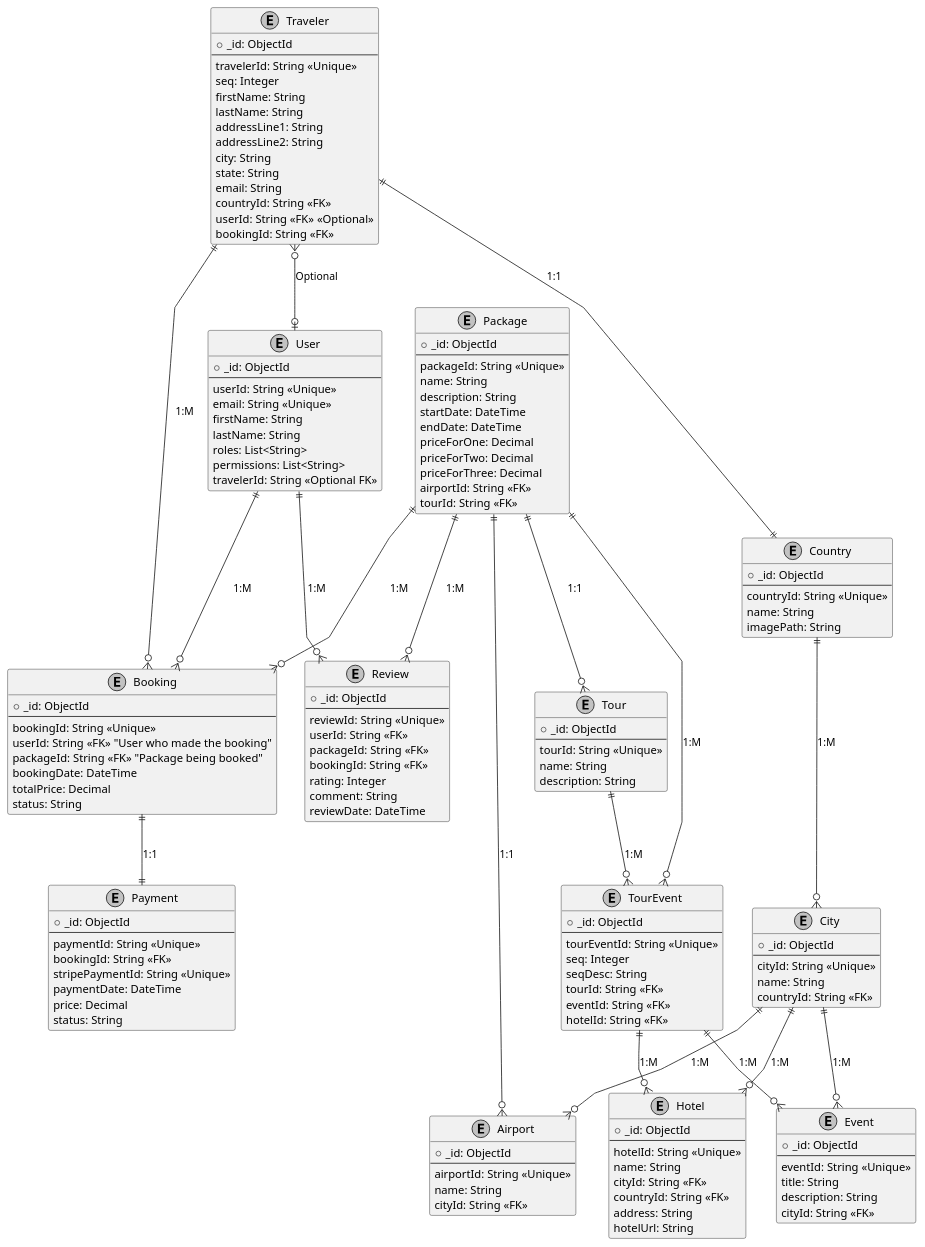
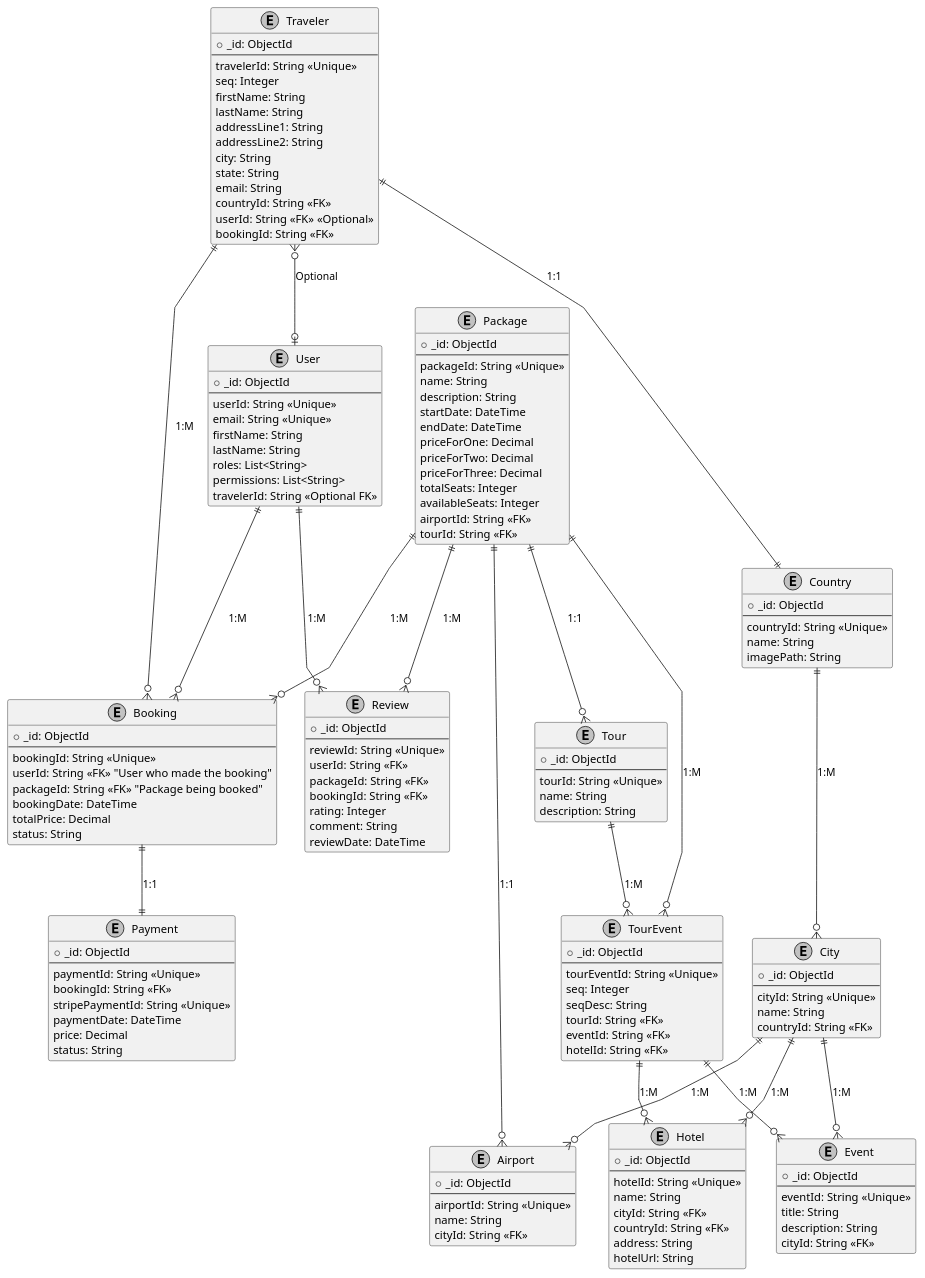
The diagram in diagrams/C4_l3/C4_l3_database.puml (Hares-2088/TravelTrove), drawn with PlantUML before and after one commit. The commit also changed 8 other files, not shown here.

Commit message:
Modified necessary diagrams for package changes and overall actualization of the diagrams.

```diff
--- a/diagrams/C4_l3/C4_l3_database.puml
+++ b/diagrams/C4_l3/C4_l3_database.puml
@@ -1,171 +1,173 @@
 @startuml
 skinparam linetype polyline
 skinparam monochrome true
 skinparam entity {
     BackgroundColor #DDEEFF
     BorderColor #3366CC
     FontColor Black
 }
 
 ' Entities
 entity "User" as User {
     + _id: ObjectId
     --
       userId: String <<Unique>>
       email: String <<Unique>>
       firstName: String
       lastName: String
       roles: List<String>
       permissions: List<String>
       travelerId: String <<Optional FK>>
 }
 
 entity "Traveler" as Traveler {
     + _id: ObjectId
     --
     travelerId: String <<Unique>>
     seq: Integer
     firstName: String
     lastName: String
     addressLine1: String
     addressLine2: String
     city: String
     state: String
     email: String
     countryId: String <<FK>>
     userId: String <<FK>> <<Optional>>
     bookingId: String <<FK>>
 }
 
 entity "Tour" as Tour {
     + _id: ObjectId
     --
     tourId: String <<Unique>>
     name: String
     description: String
 }
 
 entity "Package" as Package {
     + _id: ObjectId
     --
     packageId: String <<Unique>>
     name: String
     description: String
     startDate: DateTime
     endDate: DateTime
     priceForOne: Decimal
     priceForTwo: Decimal
     priceForThree: Decimal
+    totalSeats: Integer
+    availableSeats: Integer
     airportId: String <<FK>>
     tourId: String <<FK>>
 }
 
 entity "Booking" as Booking {
     + _id: ObjectId
     --
     bookingId: String <<Unique>>
     userId: String <<FK>> "User who made the booking"
     packageId: String <<FK>> "Package being booked"
     bookingDate: DateTime
     totalPrice: Decimal
     status: String
 }
 
 entity "Payment" as Payment {
     + _id: ObjectId
     --
     paymentId: String <<Unique>>
     bookingId: String <<FK>>
     stripePaymentId: String <<Unique>>
     paymentDate: DateTime
     price: Decimal
     status: String
 }
 
 entity "Review" as Review {
     + _id: ObjectId
     --
     reviewId: String <<Unique>>
     userId: String <<FK>>
     packageId: String <<FK>>
     bookingId: String <<FK>>
     rating: Integer
     comment: String
     reviewDate: DateTime
 }
 
 entity "Hotel" as Hotel {
     + _id: ObjectId
     --
     hotelId: String <<Unique>>
     name: String
     cityId: String <<FK>>
     countryId: String <<FK>>
     address: String
     hotelUrl: String
 }
 
 entity "Airport" as Airport {
     + _id: ObjectId
     --
     airportId: String <<Unique>>
     name: String
     cityId: String <<FK>>
 }
 
 entity "City" as City {
     + _id: ObjectId
     --
     cityId: String <<Unique>>
     name: String
     countryId: String <<FK>>
 }
 
 entity "Country" as Country {
     + _id: ObjectId
     --
     countryId: String <<Unique>>
     name: String
     imagePath: String
 }
 
 entity "Event" as Event {
     + _id: ObjectId
     --
     eventId: String <<Unique>>
     title: String
     description: String
     cityId: String <<FK>>
 }
 
 entity "TourEvent" as TourEvent {
     + _id: ObjectId
     --
     tourEventId: String <<Unique>>
     seq: Integer
     seqDesc: String
     tourId: String <<FK>>
     eventId: String <<FK>>
     hotelId: String <<FK>>
 }
 
 ' Relationships
 User ||--o{ Booking : "1:M"
 User ||--o{ Review : "1:M"
 Package ||--o{ Booking : "1:M"
 Package ||--o{ Review : "1:M"
 Package ||--o{ Tour : "1:1"
 Booking ||--|| Payment : "1:1"
 City ||--o{ Hotel : "1:M"
 City ||--o{ Airport : "1:M"
 Country ||--o{ City : "1:M"
 City ||--o{ Event : "1:M"
 Package ||--o{ Airport : "1:1"
 Package ||--o{ TourEvent : "1:M"
 TourEvent ||--o{ Event : "1:M"
 TourEvent ||--o{ Hotel : "1:M"
 Traveler ||--|| Country : "1:1"
 Traveler ||--o{ Booking : "1:M"
 Traveler }o--o| User : "Optional"
 "Tour" ||--o{ "TourEvent" : "1:M"
 @enduml
```
